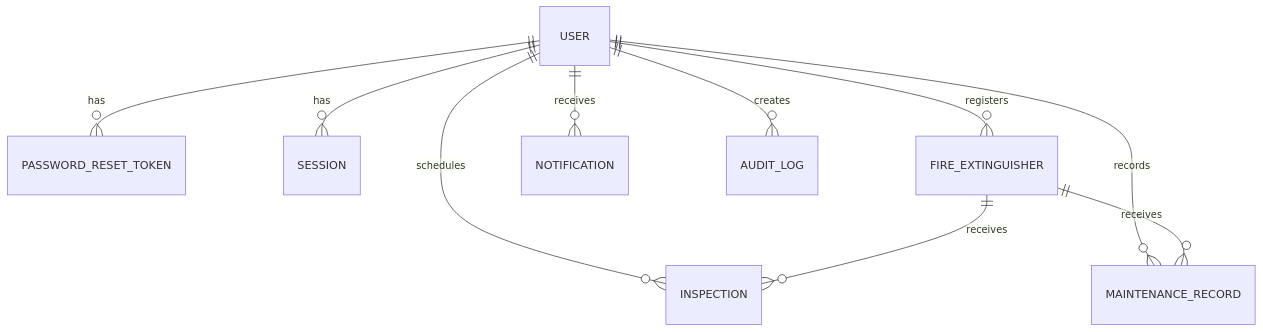
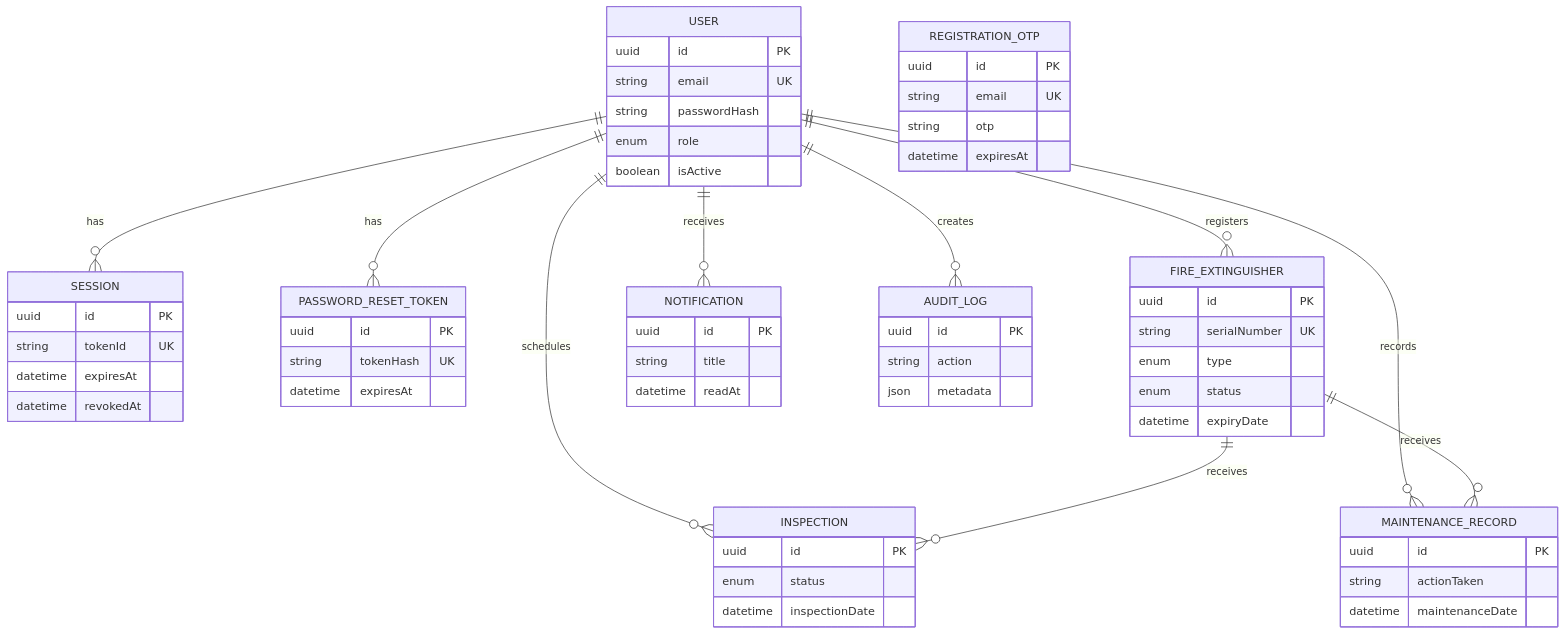
Before and after one commit to cal250/restful: the sixth of 10 diagrams in docs/database/erd.md, drawn with Mermaid. The commit also changed other lines of this file and 8 other files, not shown here.

````diff
--- a/docs/database/erd.md
+++ b/docs/database/erd.md
@@ -3,12 +154,64 @@
 ```mermaid
 erDiagram
+  USER ||--o{ SESSION : has
   USER ||--o{ PASSWORD_RESET_TOKEN : has
-  USER ||--o{ SESSION : has
   USER ||--o{ FIRE_EXTINGUISHER : registers
   USER ||--o{ INSPECTION : schedules
   USER ||--o{ MAINTENANCE_RECORD : records
   USER ||--o{ NOTIFICATION : receives
   USER ||--o{ AUDIT_LOG : creates
   FIRE_EXTINGUISHER ||--o{ INSPECTION : receives
   FIRE_EXTINGUISHER ||--o{ MAINTENANCE_RECORD : receives
+
+  USER {
+    uuid id PK
+    string email UK
+    string passwordHash
+    enum role
+    boolean isActive
+  }
+  SESSION {
+    uuid id PK
+    string tokenId UK
+    datetime expiresAt
+    datetime revokedAt
+  }
+  PASSWORD_RESET_TOKEN {
+    uuid id PK
+    string tokenHash UK
+    datetime expiresAt
+  }
+  REGISTRATION_OTP {
+    uuid id PK
+    string email UK
+    string otp
+    datetime expiresAt
+  }
+  FIRE_EXTINGUISHER {
+    uuid id PK
+    string serialNumber UK
+    enum type
+    enum status
+    datetime expiryDate
+  }
+  INSPECTION {
+    uuid id PK
+    enum status
+    datetime inspectionDate
+  }
+  MAINTENANCE_RECORD {
+    uuid id PK
+    string actionTaken
+    datetime maintenanceDate
+  }
+  NOTIFICATION {
+    uuid id PK
+    string title
+    datetime readAt
+  }
+  AUDIT_LOG {
+    uuid id PK
+    string action
+    json metadata
+  }
 ```
````
